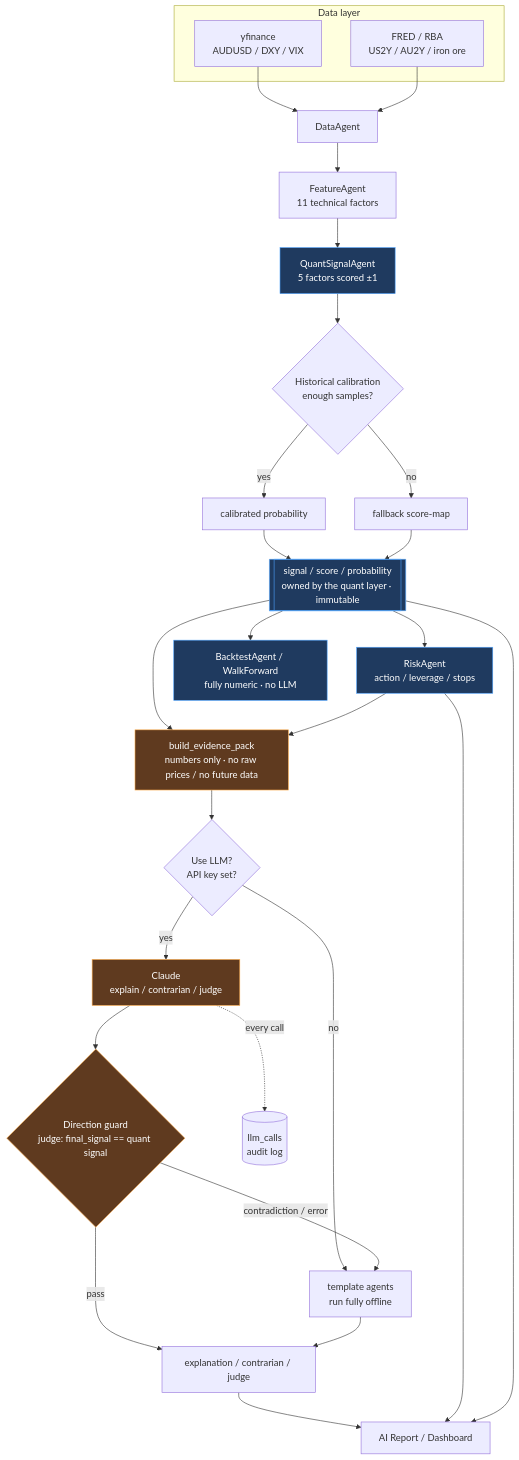
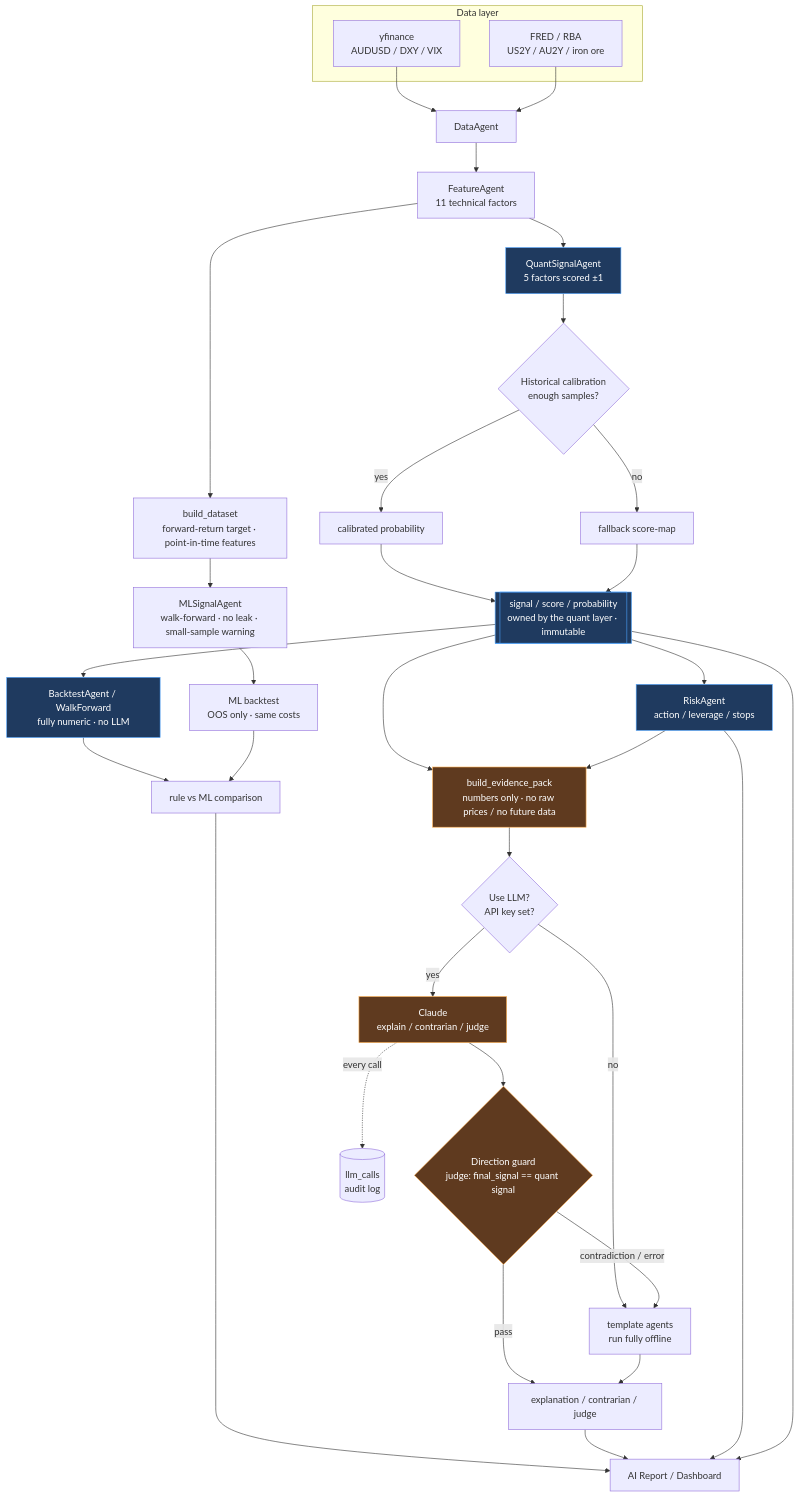
Before and after one commit to lvyongyu/AlphaFX: the diagram in docs/architecture.md, drawn with Mermaid. The commit also changed 8 other files, not shown here.

First line of the commit message:
feat: V2.5 ML research layer (leak-free, rule signal stays primary)

````diff
--- a/docs/architecture.md
+++ b/docs/architecture.md
@@ -6,44 +6,52 @@
 ```mermaid
 flowchart TD
     subgraph DATA["Data layer"]
         Y[yfinance<br/>AUDUSD / DXY / VIX]
         F[FRED / RBA<br/>US2Y / AU2Y / iron ore]
     end
     Y --> DA[DataAgent]
     F --> DA
     DA --> FE[FeatureAgent<br/>11 technical factors]
     FE --> QS[QuantSignalAgent<br/>5 factors scored ±1]
 
     QS --> CAL{Historical calibration<br/>enough samples?}
     CAL -- yes --> CP[calibrated probability]
     CAL -- no --> FB[fallback score-map]
     CP --> SIG[[signal / score / probability<br/>owned by the quant layer · immutable]]
     FB --> SIG
 
     SIG --> RISK[RiskAgent<br/>action / leverage / stops]
 
     %% Numeric-only branch — never calls the LLM
     SIG --> BT[BacktestAgent / WalkForward<br/>fully numeric · no LLM]
+
+    %% ML research comparison — rule signal stays primary
+    FE --> DS[build_dataset<br/>forward-return target · point-in-time features]
+    DS --> ML2[MLSignalAgent<br/>walk-forward · no leak · small-sample warning]
+    ML2 --> MLBT[ML backtest<br/>OOS only · same costs]
+    BT --> CMP[rule vs ML comparison]
+    MLBT --> CMP
+    CMP --> UI
 
     %% LLM explanation layer
     SIG --> EV[build_evidence_pack<br/>numbers only · no raw prices / no future data]
     RISK --> EV
     EV --> TOG{Use LLM?<br/>API key set?}
     TOG -- no --> TPL[template agents<br/>run fully offline]
     TOG -- yes --> LLM[Claude<br/>explain / contrarian / judge]
 
     LLM --> GUARD{Direction guard<br/>judge: final_signal == quant signal}
     GUARD -- contradiction / error --> TPL
     GUARD -- pass --> OUT[explanation / contrarian / judge]
     TPL --> OUT
     LLM -. every call .-> LOG[(llm_calls<br/>audit log)]
 
     OUT --> UI[AI Report / Dashboard]
     RISK --> UI
     SIG --> UI
 
     classDef quant fill:#1f3a5f,stroke:#4da3ff,color:#fff;
     classDef llm fill:#5f3a1f,stroke:#ffae4d,color:#fff;
     class SIG,QS,RISK,BT quant;
     class LLM,EV,GUARD llm;
 ```
````
